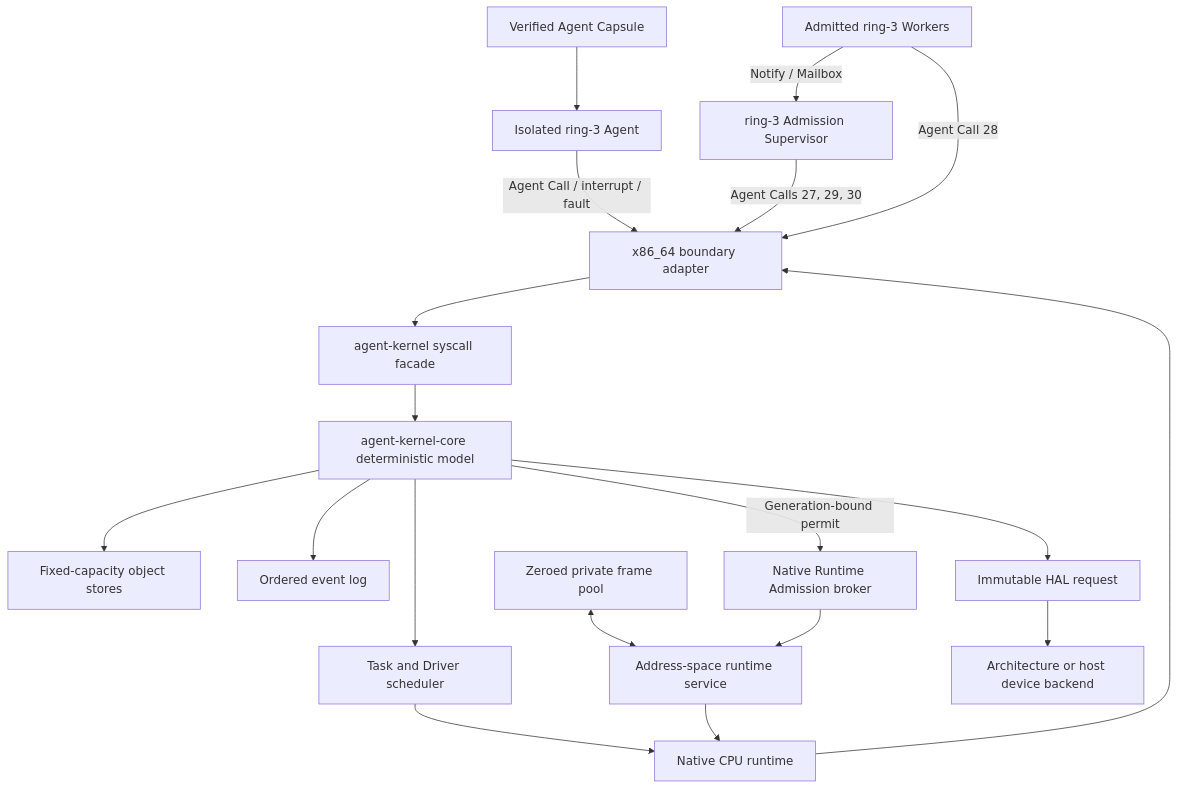
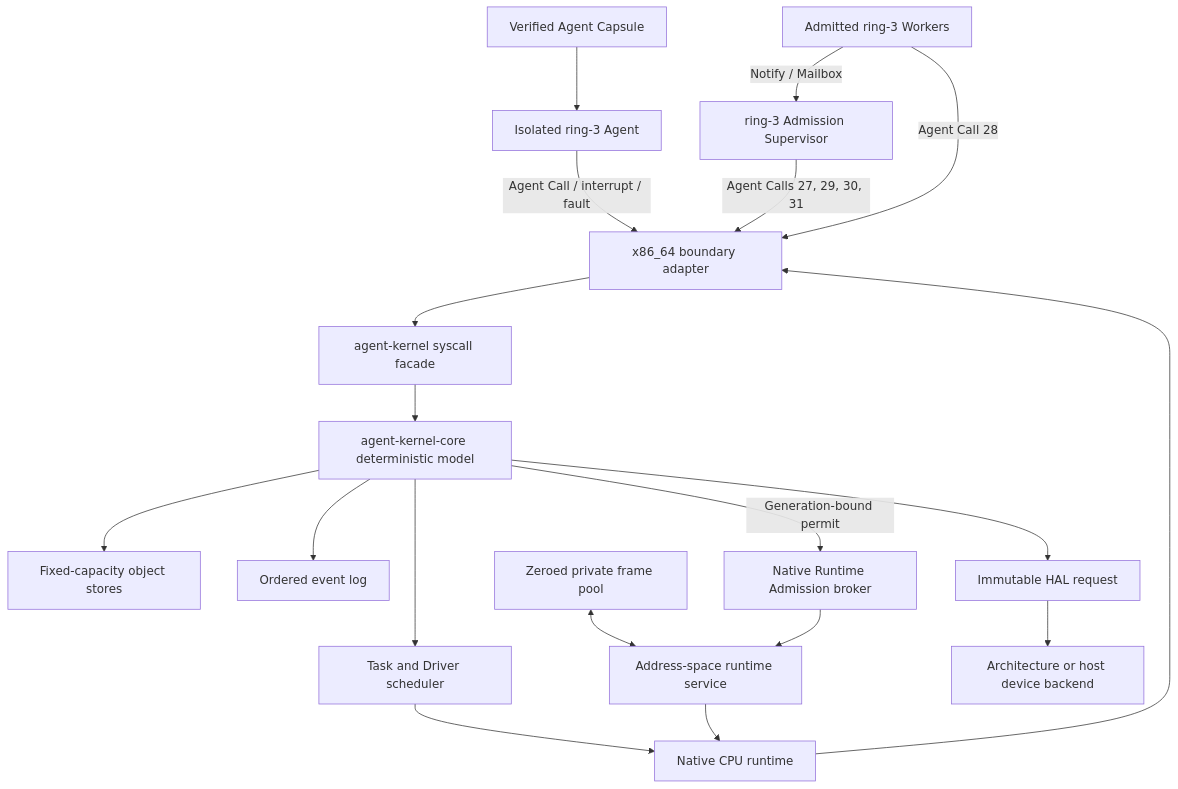
The diagram in README.md (Evan-master/agent-kernel), drawn with Mermaid before and after one commit. The commit also changed other lines of this file and 36 other files, not shown here.

````diff
--- a/README.md
+++ b/README.md
@@ -173,21 +180,21 @@
 ```mermaid
 flowchart TB
     Capsule["Verified Agent Capsule"] --> Ring3["Isolated ring-3 Agent"]
     Ring3 -->|"Agent Call / interrupt / fault"| X86["x86_64 boundary adapter"]
     X86 --> Facade["agent-kernel syscall facade"]
     Facade --> Core["agent-kernel-core deterministic model"]
     Core --> Stores["Fixed-capacity object stores"]
     Core --> Events["Ordered event log"]
     Core --> Scheduler["Task and Driver scheduler"]
     Scheduler --> Runtime["Native CPU runtime"]
     Runtime --> X86
     FramePool["Zeroed private frame pool"] <--> AddressService["Address-space runtime service"]
     Broker["Native Runtime Admission broker"] --> AddressService
     Core -->|"Generation-bound permit"| Broker
     AddressService --> Runtime
     Core --> HAL["Immutable HAL request"]
     HAL --> Device["Architecture or host device backend"]
-    Supervisor["ring-3 Admission Supervisor"] -->|"Agent Calls 27, 29, 30"| X86
+    Supervisor["ring-3 Admission Supervisor"] -->|"Agent Calls 27, 29, 30, 31"| X86
     Workers["Admitted ring-3 Workers"] -->|"Agent Call 28"| X86
     Workers -->|"Notify / Mailbox"| Supervisor
 ```
````
